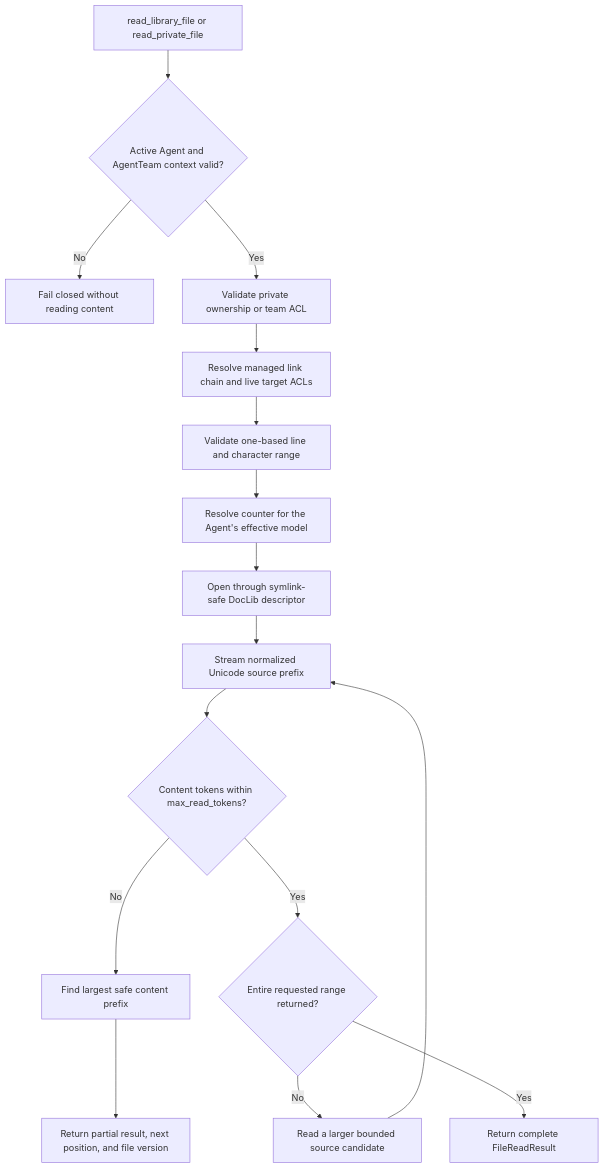
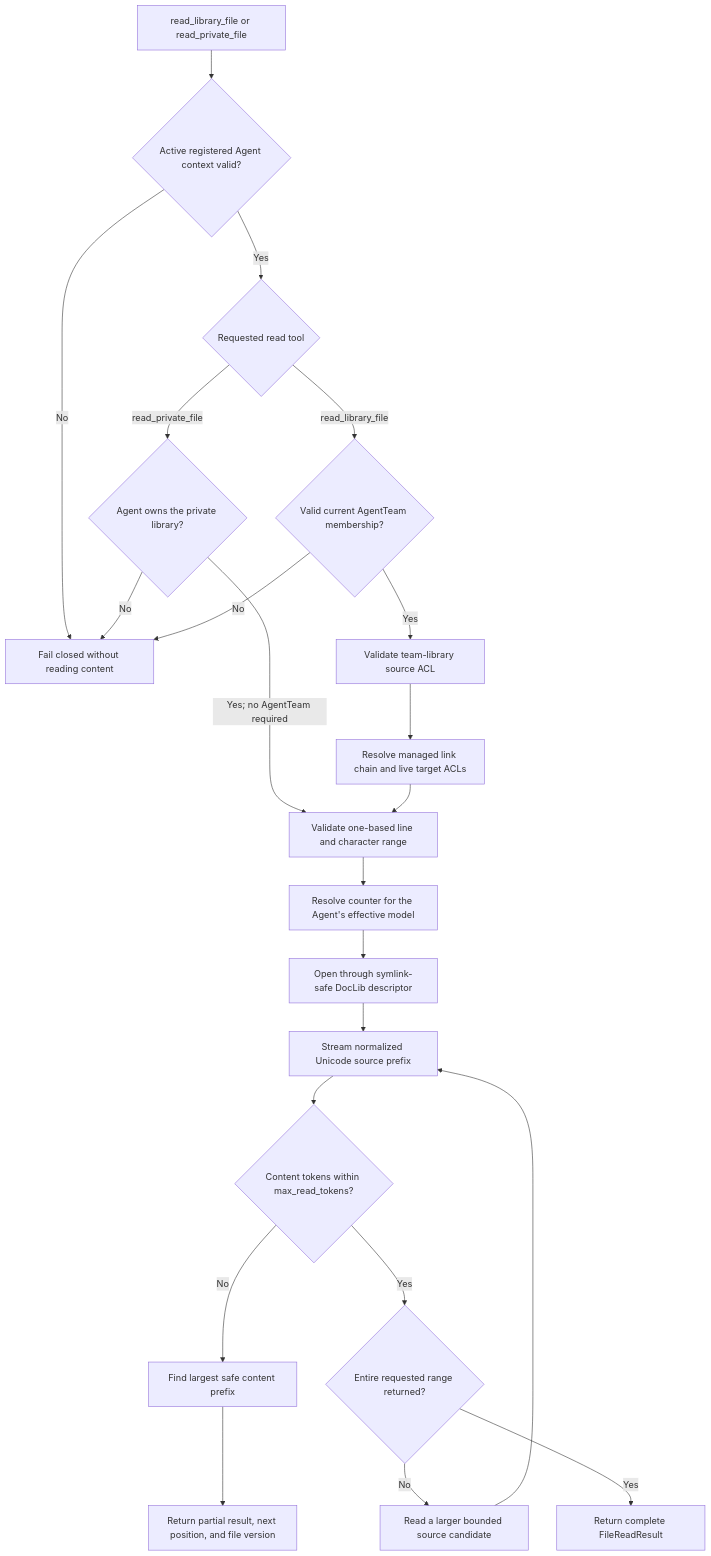
Before and after one commit to AI-Team-Team/AI-Team-Team: the first of 4 diagrams in docs/flowcharts/Gated_Reading.md, drawn with Mermaid. The commit also changed other lines of this file and 225 other files, not shown here.

````diff
--- a/docs/flowcharts/Gated_Reading.md
+++ b/docs/flowcharts/Gated_Reading.md
@@ -7,18 +7,24 @@
 ```mermaid
 flowchart TD
-    Tool["read_library_file or read_private_file"] --> Context{"Active Agent and AgentTeam context valid?"}
+    Tool["read_library_file or read_private_file"] --> Context{"Active registered Agent context valid?"}
     Context -- "No" --> Deny["Fail closed without reading content"]
-    Context -- "Yes" --> Authorization["Validate private ownership or team ACL"]
+    Context -- "Yes" --> Kind{"Requested read tool"}
+    Kind -- "read_private_file" --> Owner{"Agent owns the private library?"}
+    Owner -- "No" --> Deny
+    Owner -- "Yes; no AgentTeam required" --> Range
+    Kind -- "read_library_file" --> Team{"Valid current AgentTeam membership?"}
+    Team -- "No" --> Deny
+    Team -- "Yes" --> Authorization["Validate team-library source ACL"]
     Authorization --> Link["Resolve managed link chain and live target ACLs"]
     Link --> Range["Validate one-based line and character range"]
     Range --> Counter["Resolve counter for the Agent's effective model"]
     Counter --> SecureOpen["Open through symlink-safe DocLib descriptor"]
     SecureOpen --> Read["Stream normalized Unicode source prefix"]
     Read --> Count{"Content tokens within max_read_tokens?"}
     Count -- "No" --> Trim["Find largest safe content prefix"]
     Count -- "Yes" --> Complete{"Entire requested range returned?"}
     Trim --> Partial["Return partial result, next position, and file version"]
     Complete -- "No" --> Expand["Read a larger bounded source candidate"]
     Expand --> Read
     Complete -- "Yes" --> Done["Return complete FileReadResult"]
 ```
````
